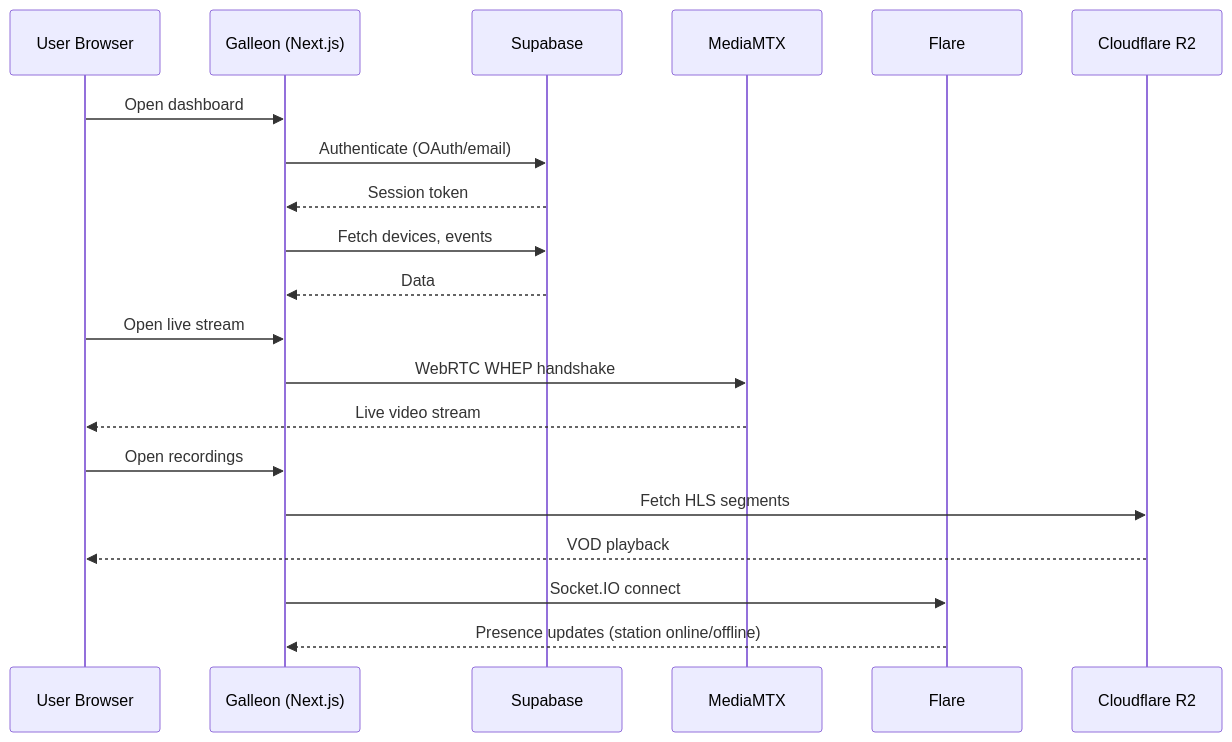
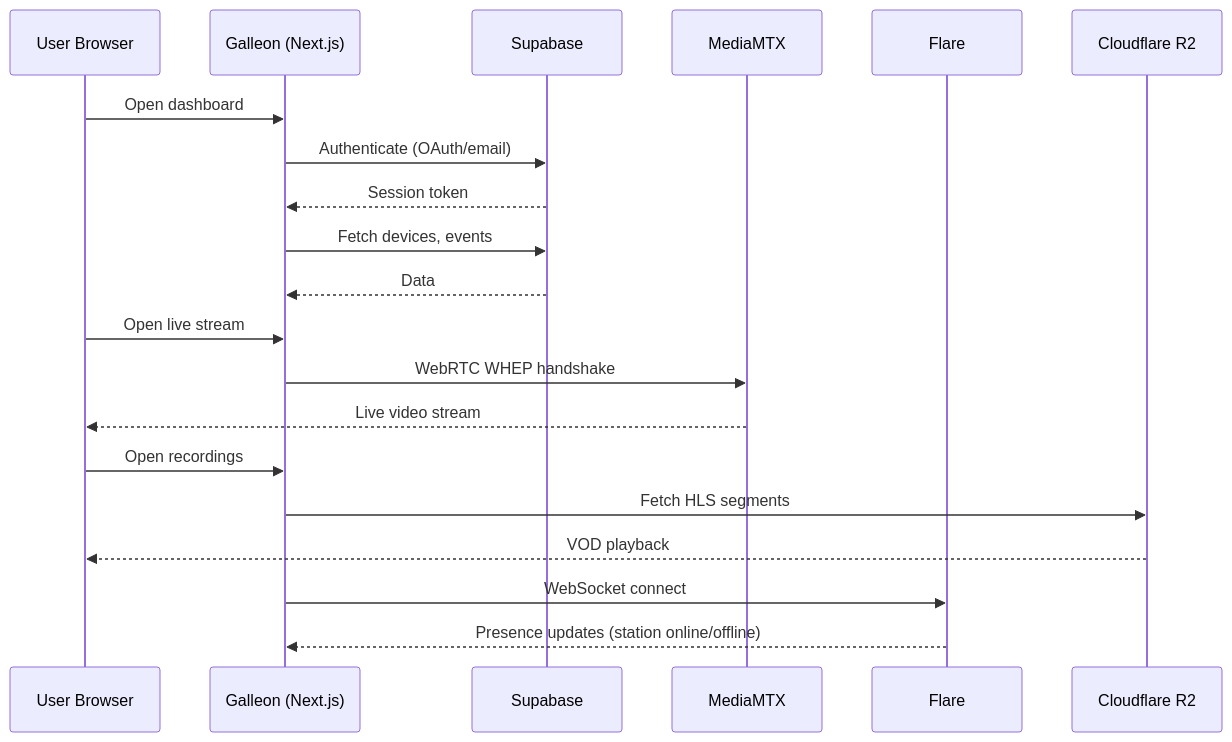
One commit to covenant-org/argus-one changed the diagram in wiki/Galleon-Overview.md. Above: the diagram before and after it, drawn with Mermaid. The commit also changed other lines of this file and 8 other files, not shown here.

````diff
--- a/wiki/Galleon-Overview.md
+++ b/wiki/Galleon-Overview.md
@@ -37,23 +37,23 @@
 ```mermaid
 sequenceDiagram
     participant U as User Browser
     participant G as Galleon (Next.js)
     participant SB as Supabase
     participant MTX as MediaMTX
     participant FL as Flare
     participant R2 as Cloudflare R2
 
     U->>G: Open dashboard
     G->>SB: Authenticate (OAuth/email)
     SB-->>G: Session token
     G->>SB: Fetch devices, events
     SB-->>G: Data
     U->>G: Open live stream
     G->>MTX: WebRTC WHEP handshake
     MTX-->>U: Live video stream
     U->>G: Open recordings
     G->>R2: Fetch HLS segments
     R2-->>U: VOD playback
-    G->>FL: Socket.IO connect
+    G->>FL: WebSocket connect
     FL-->>G: Presence updates (station online/offline)
 ```
````
